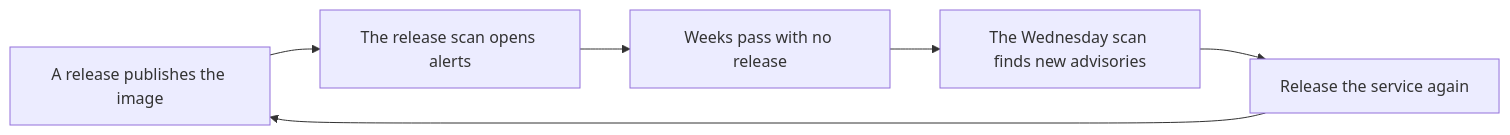
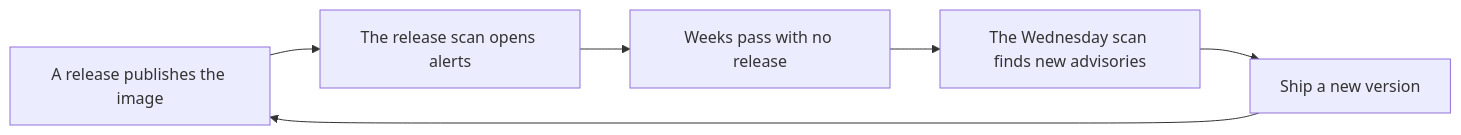
One commit to Unique-AG/connectors changed the third of 5 diagrams in SECURITY-PROCESS.md. Above: the diagram before and after it, drawn with Mermaid. The commit also changed other lines of this file, not shown here.

Commit message:
docs(main): state that only the dependency review stops a pull request, and describe the weekly alert

````diff
--- a/SECURITY-PROCESS.md
+++ b/SECURITY-PROCESS.md
@@ -155,8 +145,8 @@
 ```mermaid
 flowchart LR
   release[A release publishes the image] --> scan[The release scan opens alerts]
   scan --> quiet[Weeks pass with no release]
   quiet --> weekly[The Wednesday scan finds new advisories]
-  weekly --> rebuild[Release the service again]
+  weekly --> rebuild[Ship a new version]
   rebuild --> release
 ```
````
